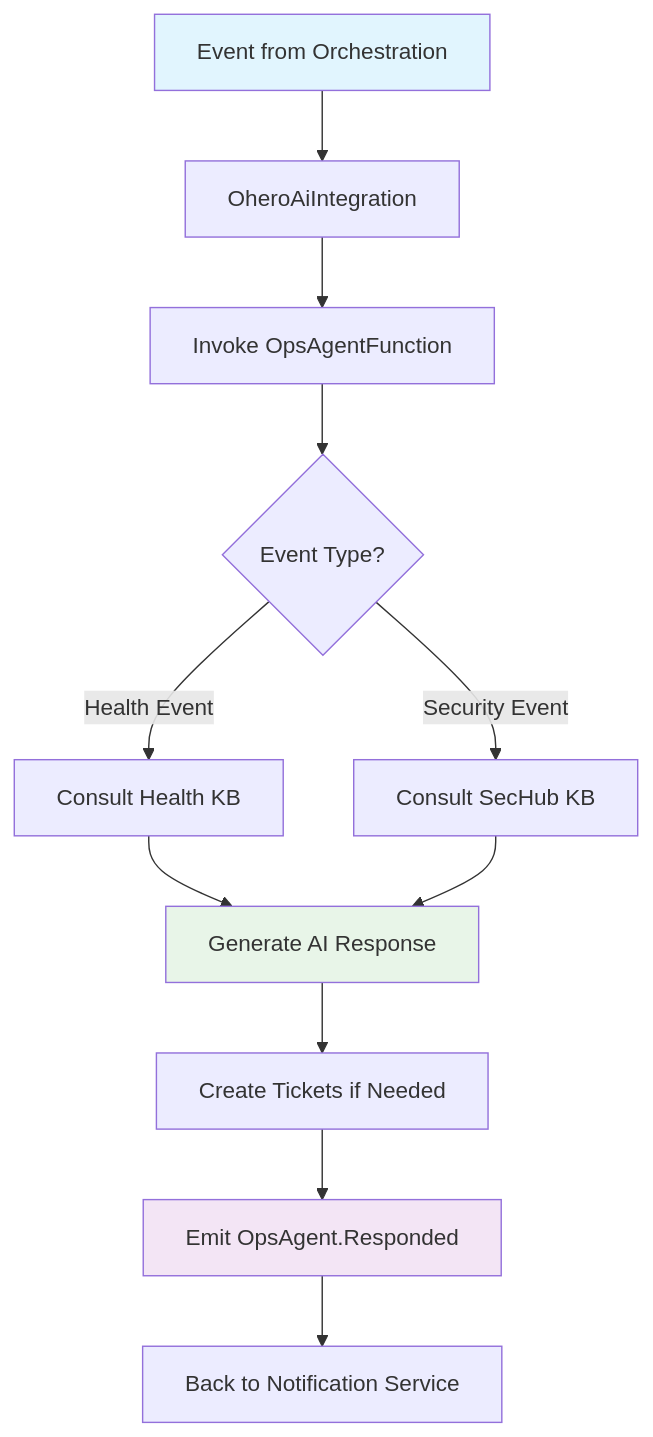
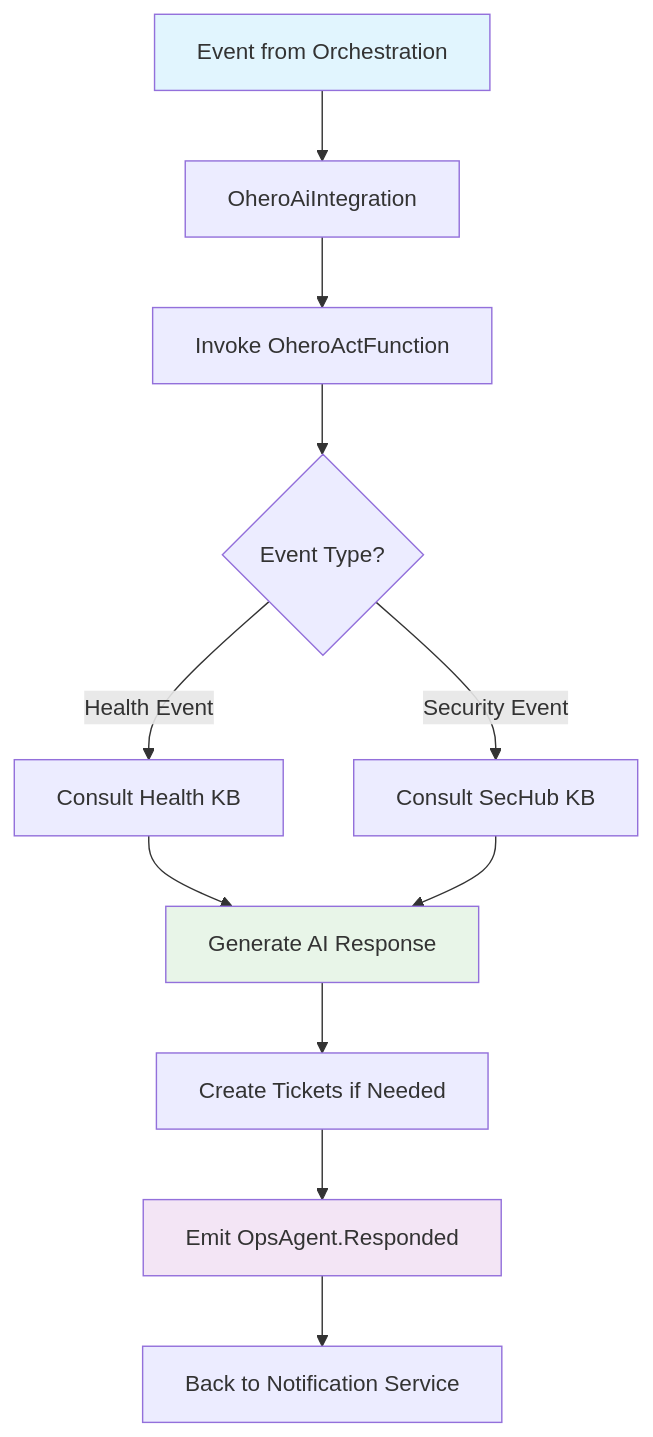
One commit to aws-samples/ops-health-ai changed the fourth of 10 diagrams in docs/event-driven-flow.md. Above: the diagram before and after it, drawn with Mermaid. The commit also changed other lines of this file and 20 other files, not shown here.

Commit message:
opsAgent function rename and src files reorg

````diff
--- a/docs/event-driven-flow.md
+++ b/docs/event-driven-flow.md
@@ -332,17 +332,17 @@
 ```mermaid
 flowchart TD
     A[Event from Orchestration] --> B[OheroAiIntegration]
-    B --> C[Invoke OpsAgentFunction]
+    B --> C[Invoke OheroActFunction]
     C --> D{Event Type?}
     D -->|Health Event| E[Consult Health KB]
     D -->|Security Event| F[Consult SecHub KB]
     E --> G[Generate AI Response]
     F --> G
     G --> H[Create Tickets if Needed]
     H --> I[Emit OpsAgent.Responded]
     I --> J[Back to Notification Service]
 
     style A fill:#e1f5fe
     style G fill:#e8f5e8
     style I fill:#f3e5f5
 ```
````
